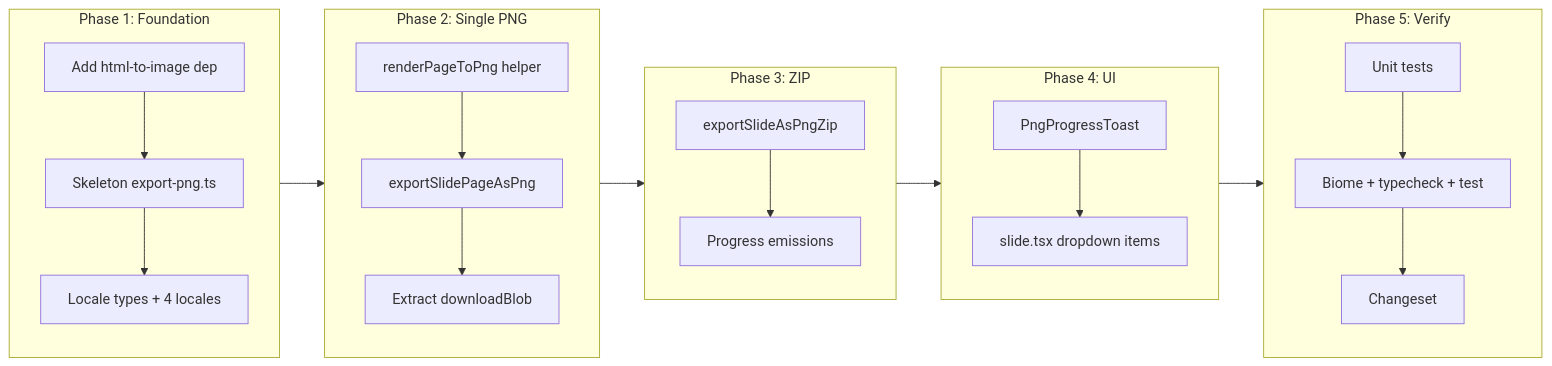
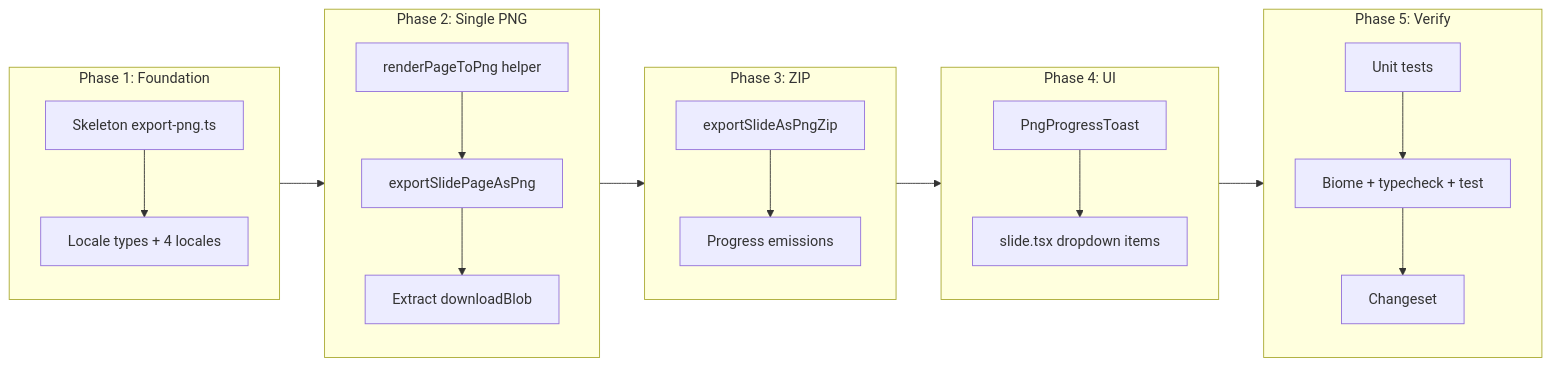
Before and after one commit to 1weiho/open-slide: the third of 3 diagrams in docs/cr/CR-0001-export-slides-as-png.md, drawn with Mermaid. The commit also changed other lines of this file, not shown here.

````diff
--- a/docs/cr/CR-0001-export-slides-as-png.md
+++ b/docs/cr/CR-0001-export-slides-as-png.md
@@ -413,32 +494,31 @@
 ```mermaid
 flowchart LR
     subgraph P1["Phase 1: Foundation"]
-        A1[Add html-to-image dep]
-        A2[Skeleton export-png.ts]
-        A3[Locale types + 4 locales]
-        A1 --> A2 --> A3
+        A1[Skeleton export-png.ts]
+        A2[Locale types + 4 locales]
+        A1 --> A2
     end
     subgraph P2["Phase 2: Single PNG"]
         B1[renderPageToPng helper]
         B2[exportSlidePageAsPng]
         B3[Extract downloadBlob]
         B1 --> B2 --> B3
     end
     subgraph P3["Phase 3: ZIP"]
         C1[exportSlideAsPngZip]
         C2[Progress emissions]
         C1 --> C2
     end
     subgraph P4["Phase 4: UI"]
         D1[PngProgressToast]
         D2[slide.tsx dropdown items]
         D1 --> D2
     end
     subgraph P5["Phase 5: Verify"]
         E1[Unit tests]
         E2[Biome + typecheck + test]
         E3[Changeset]
         E1 --> E2 --> E3
     end
     P1 --> P2 --> P3 --> P4 --> P5
 ```
````
